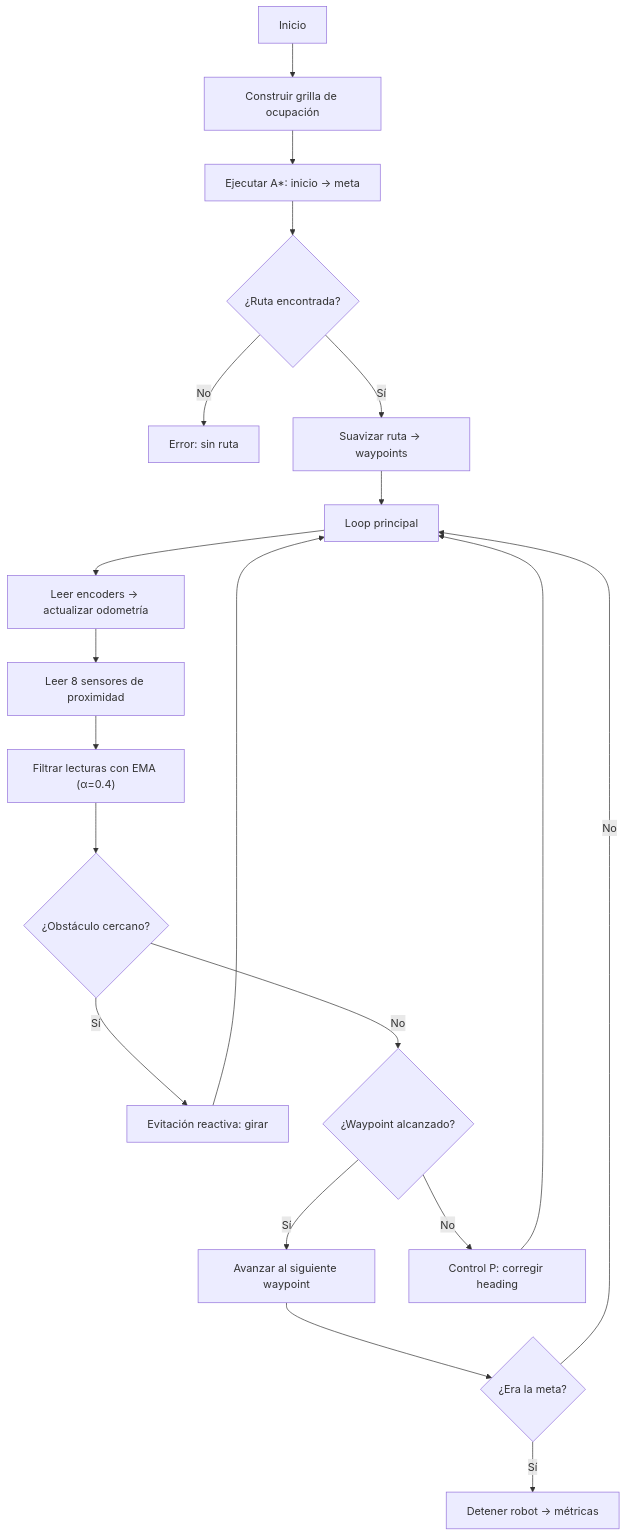
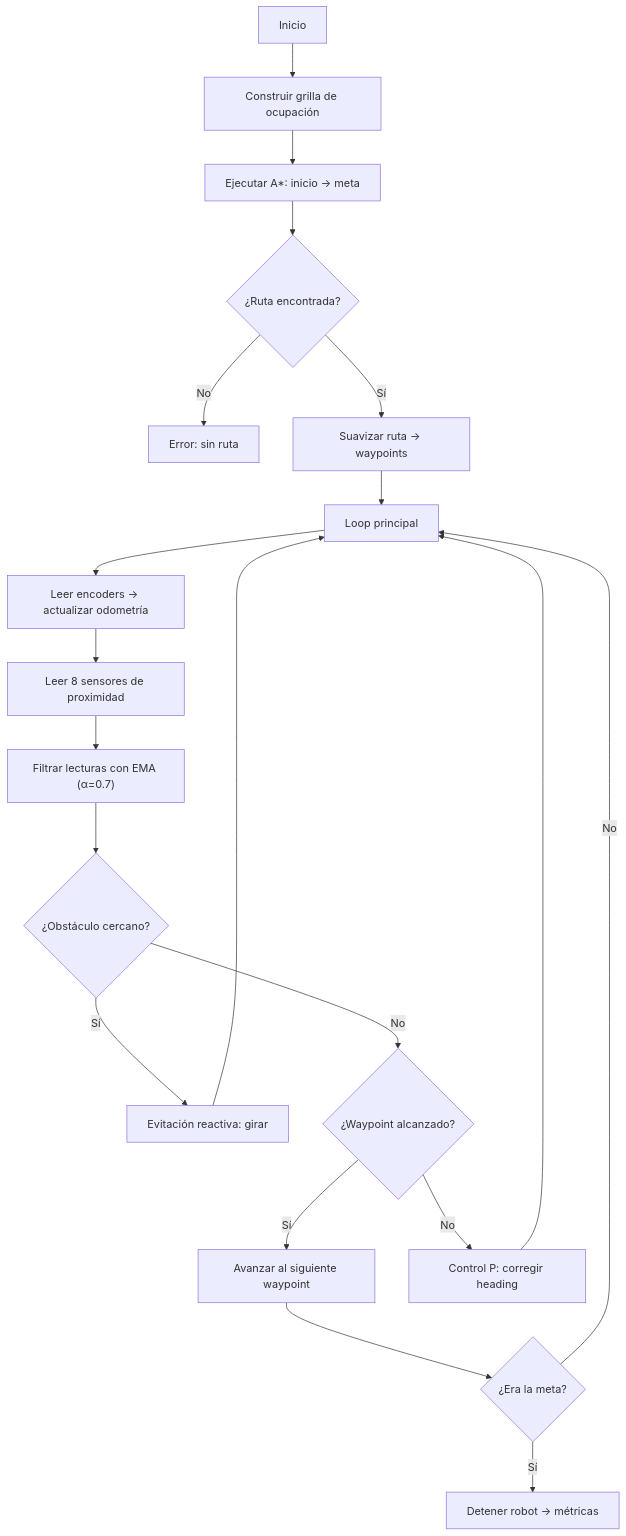
One commit to axxeler8/Robotica-traajo changed the diagram in README.md. Above: the diagram before and after it, drawn with Mermaid. The commit also changed other lines of this file and 4 other files, not shown here.

````diff
--- a/README.md
+++ b/README.md
@@ -133,27 +133,27 @@
 ```mermaid
 flowchart TD
     A["Inicio"] --> B["Construir grilla de ocupación"]
     B --> C["Ejecutar A*: inicio → meta"]
     C --> D{"¿Ruta encontrada?"}
     D -- No --> E["Error: sin ruta"]
     D -- Sí --> F["Suavizar ruta → waypoints"]
     F --> G["Loop principal"]
 
     G --> H["Leer encoders → actualizar odometría"]
     H --> I["Leer 8 sensores de proximidad"]
-    I --> I2["Filtrar lecturas con EMA (α=0.4)"]
+    I --> I2["Filtrar lecturas con EMA (α=0.7)"]
     I2 --> J{"¿Obstáculo cercano?"}
 
     J -- Sí --> K["Evitación reactiva: girar"]
     J -- No --> L{"¿Waypoint alcanzado?"}
 
     L -- Sí --> M["Avanzar al siguiente waypoint"]
     L -- No --> N["Control P: corregir heading"]
 
     M --> O{"¿Era la meta?"}
     O -- Sí --> P["Detener robot → métricas"]
     O -- No --> G
 
     K --> G
     N --> G
 ```
````
